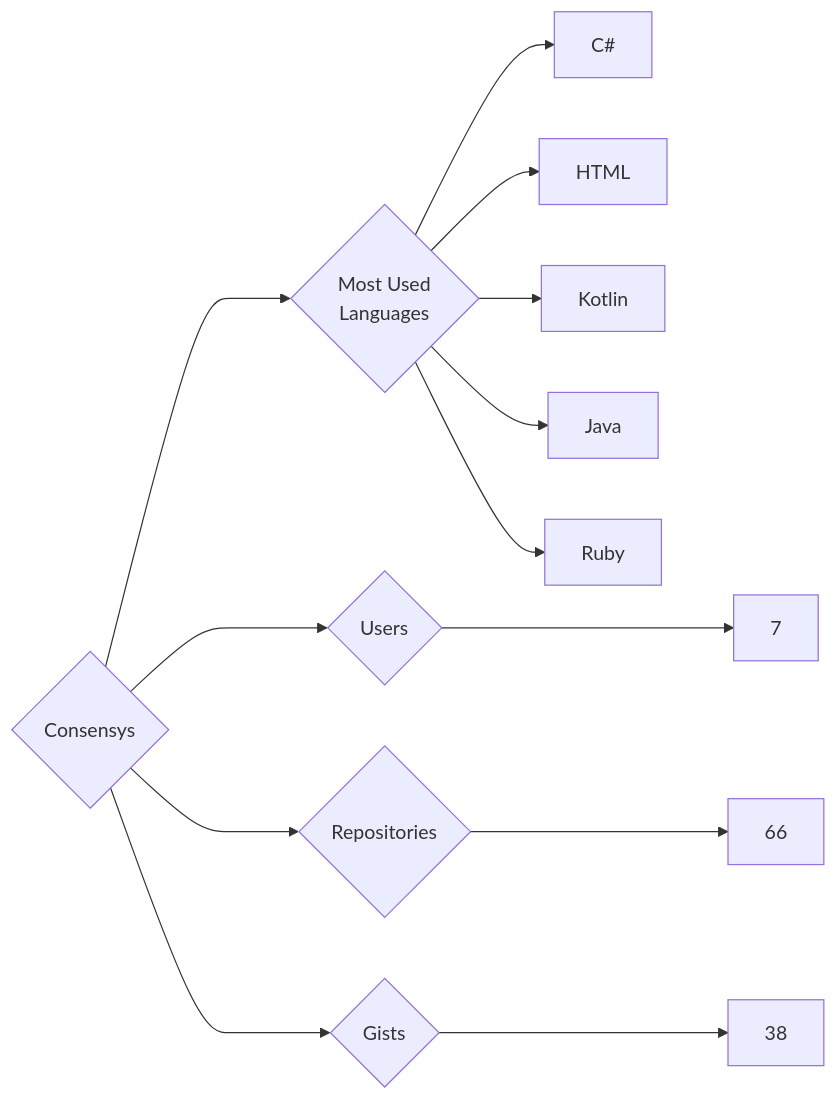
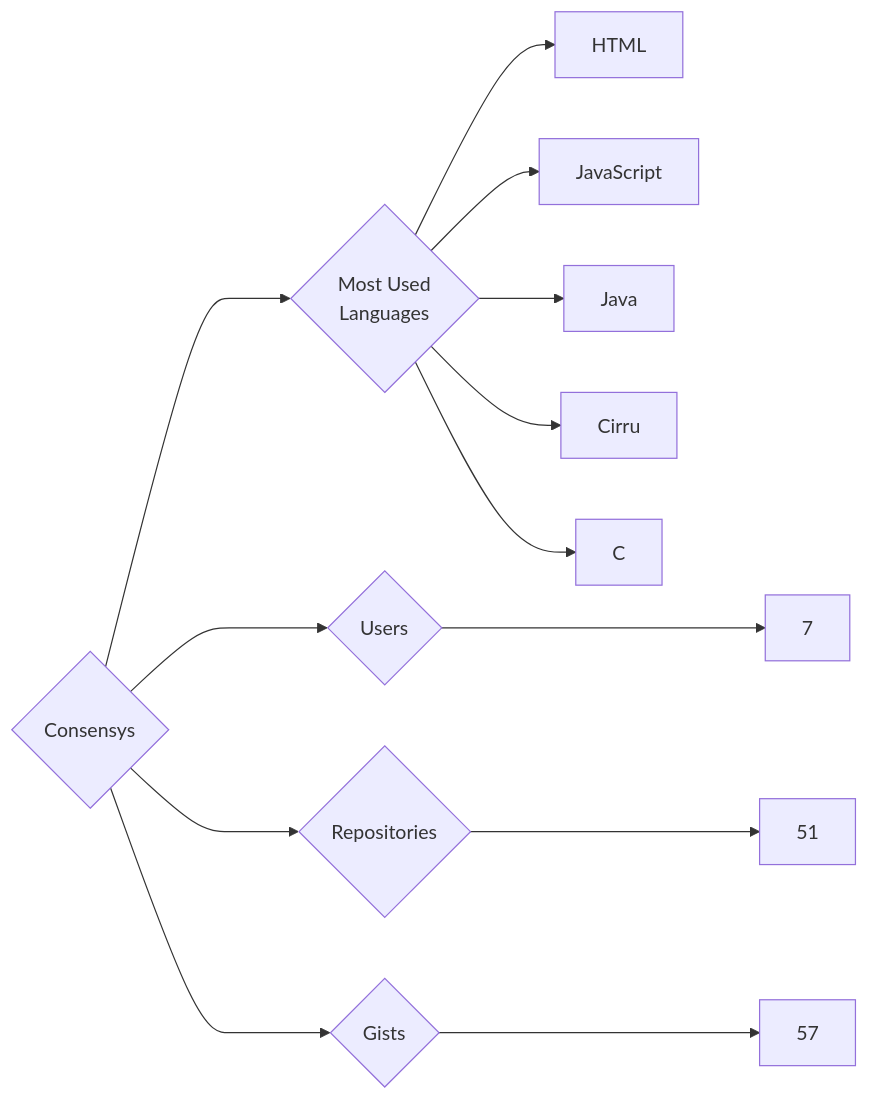
One commit to trickest/insiders changed the diagram in targets/Consensys/README.md. Above: the diagram before and after it, drawn with Mermaid. The commit also changed 1023 other files, not shown here.

````diff
--- a/targets/Consensys/README.md
+++ b/targets/Consensys/README.md
@@ -3,13 +3,13 @@
 ```mermaid
 graph LR
 COMPANY_NAME{Consensys}
 COMPANY_NAME ---> U{Users} ---> UN[7]
-COMPANY_NAME ---> R{Repositories} ---> RN[66]
-COMPANY_NAME ---> G{Gists} ---> GN[38]
+COMPANY_NAME ---> R{Repositories} ---> RN[51]
+COMPANY_NAME ---> G{Gists} ---> GN[57]
 COMPANY_NAME ---> ML{Most Used<br>Languages}
-ML --> C#[C#]
 ML --> HTML[HTML]
-ML --> Kotlin[Kotlin]
+ML --> JavaScript[JavaScript]
 ML --> Java[Java]
-ML --> Ruby[Ruby]
+ML --> Cirru[Cirru]
+ML --> C[C]
 ```
````
